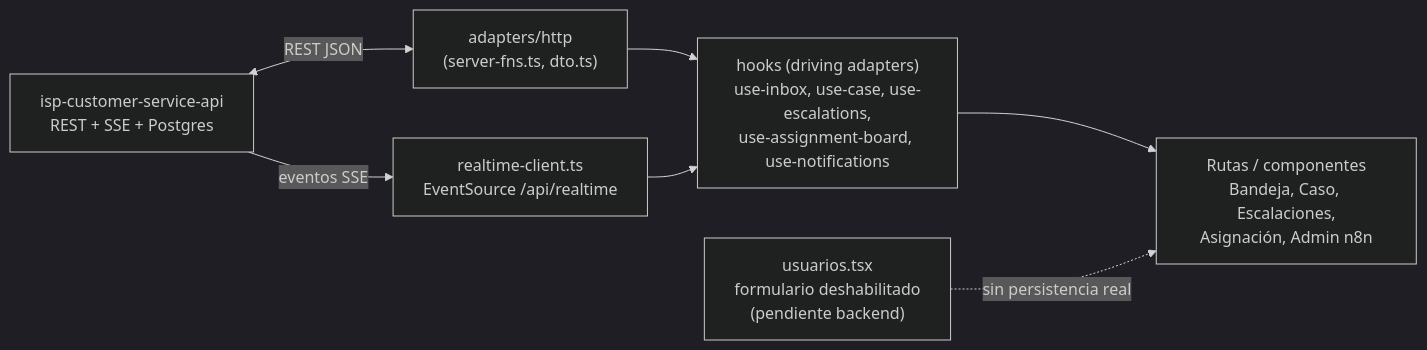
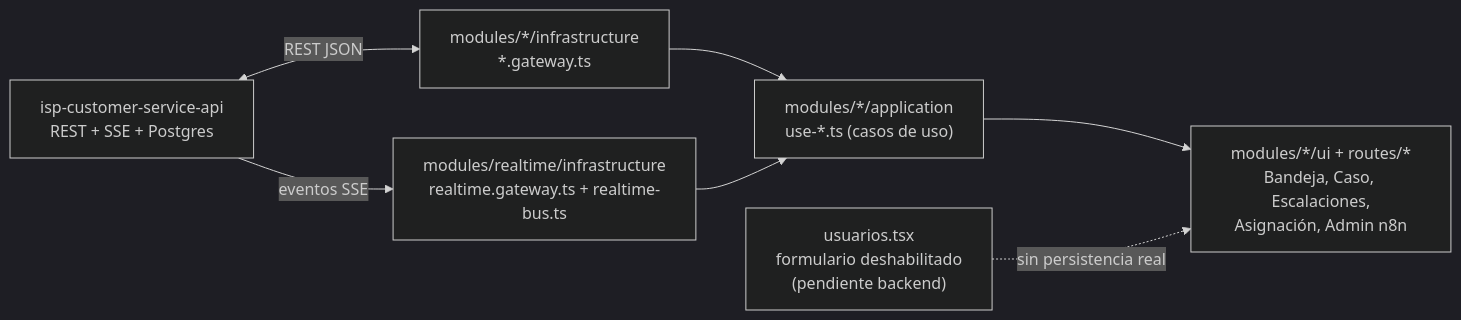
One commit to xintegrumdevaf/internal_sys_comunication_frontend changed the diagram in docs/spec/00_OVERVIEW.md. Above: the diagram before and after it, drawn with Mermaid (dark theme). The commit also changed other lines of this file and 24 other files, not shown here.

````diff
--- a/docs/spec/00_OVERVIEW.md
+++ b/docs/spec/00_OVERVIEW.md
@@ -36,16 +36,16 @@
 ```mermaid
 flowchart LR
     BE["isp-customer-service-api\nREST + SSE + Postgres"]
-    HTTP["adapters/http\n(server-fns.ts, dto.ts)"]
-    RT["realtime-client.ts\nEventSource /api/realtime"]
-    HOOKS["hooks (driving adapters)\nuse-inbox, use-case, use-escalations,\nuse-assignment-board, use-notifications"]
-    UI["Rutas / componentes\nBandeja, Caso, Escalaciones,\nAsignación, Admin n8n"]
+    GW["modules/*/infrastructure\n*.gateway.ts"]
+    RT["modules/realtime/infrastructure\nrealtime.gateway.ts + realtime-bus.ts"]
+    APP["modules/*/application\nuse-*.ts (casos de uso)"]
+    UI["modules/*/ui + routes/*\nBandeja, Caso, Escalaciones,\nAsignación, Admin n8n"]
     PENDING["usuarios.tsx\nformulario deshabilitado\n(pendiente backend)"]
 
-    BE <-->|"REST JSON"| HTTP
+    BE <-->|"REST JSON"| GW
     BE -->|"eventos SSE"| RT
-    HTTP --> HOOKS
-    RT --> HOOKS
-    HOOKS --> UI
+    GW --> APP
+    RT --> APP
+    APP --> UI
     PENDING -.->|"sin persistencia real"| UI
 ```
````
